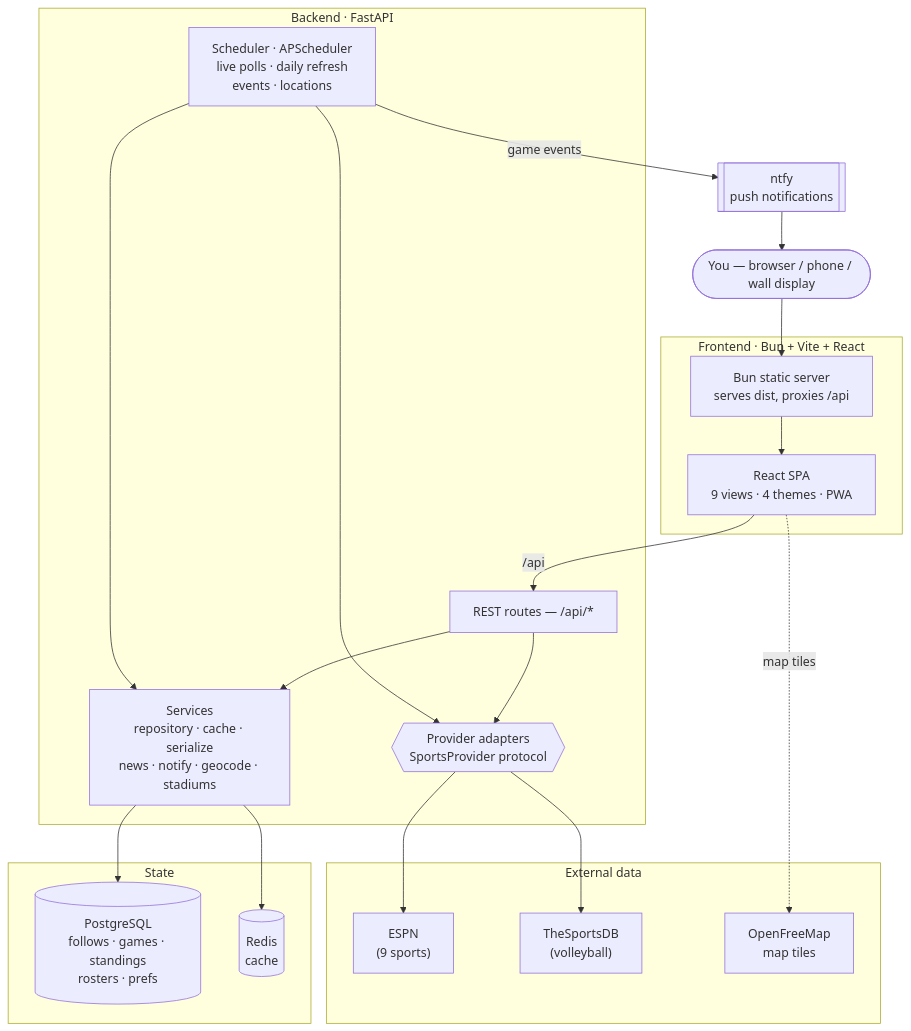
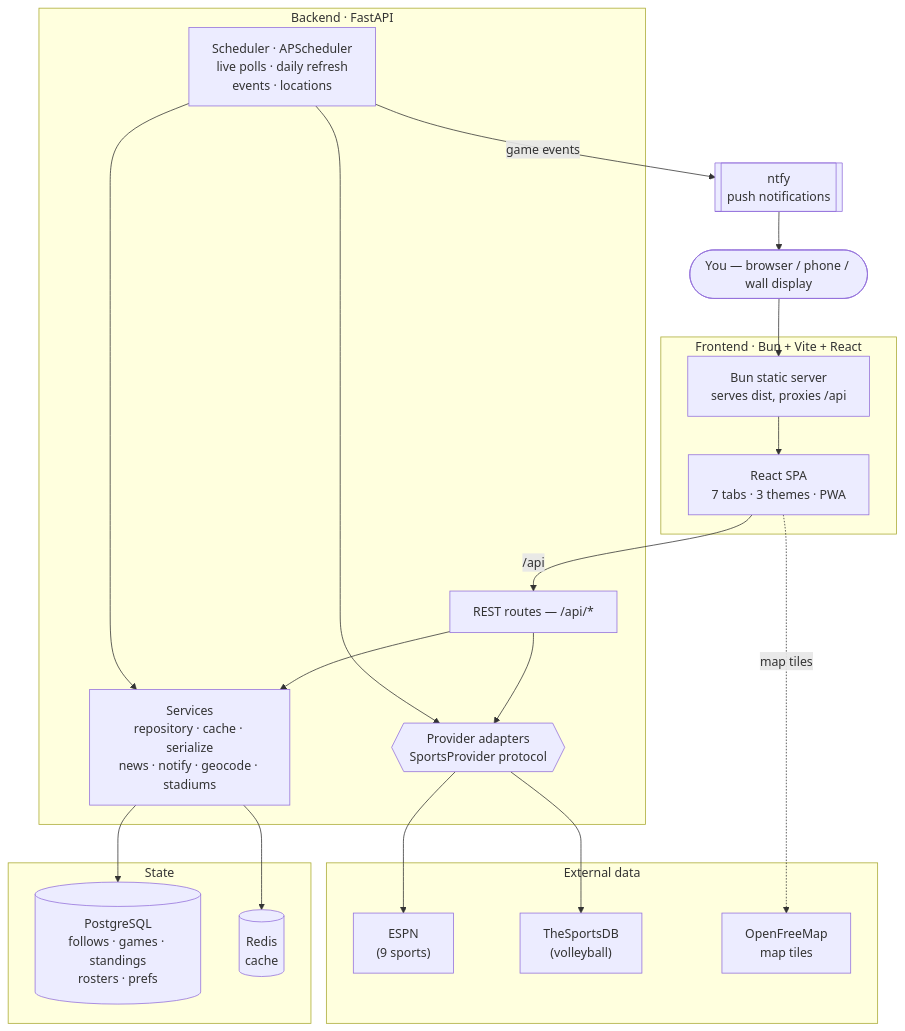
One commit to Mpawlowski5467/SportsDash changed the first of 2 diagrams in README.md. Above: the diagram before and after it, drawn with Mermaid. The commit also changed other lines of this file and 22 other files, not shown here.

````diff
--- a/README.md
+++ b/README.md
@@ -126,42 +168,42 @@
 ```mermaid
 flowchart TB
     user(["You — browser / phone / wall display"])
 
     subgraph client["Frontend · Bun + Vite + React"]
         srv["Bun static server<br/>serves dist, proxies /api"]
-        spa["React SPA<br/>9 views · 4 themes · PWA"]
+        spa["React SPA<br/>7 tabs · 3 themes · PWA"]
     end
 
     subgraph backend["Backend · FastAPI"]
         routes["REST routes — /api/*"]
         services["Services<br/>repository · cache · serialize<br/>news · notify · geocode · stadiums"]
         sched["Scheduler · APScheduler<br/>live polls · daily refresh<br/>events · locations"]
         providers{{"Provider adapters<br/>SportsProvider protocol"}}
     end
 
     subgraph state["State"]
         pg[("PostgreSQL<br/>follows · games · standings<br/>rosters · prefs")]
         redis[("Redis<br/>cache")]
     end
 
     subgraph ext["External data"]
         espn["ESPN<br/>(9 sports)"]
         tsdb["TheSportsDB<br/>(volleyball)"]
         tiles["OpenFreeMap<br/>map tiles"]
     end
 
     ntfy[["ntfy<br/>push notifications"]]
 
     user --> srv --> spa
     spa -->|/api| routes
     spa -. map tiles .-> tiles
     routes --> services
     routes --> providers
     services --> pg
     services --> redis
     sched --> providers
     sched --> services
     providers --> espn
     providers --> tsdb
     sched -->|game events| ntfy --> user
 ```
````
